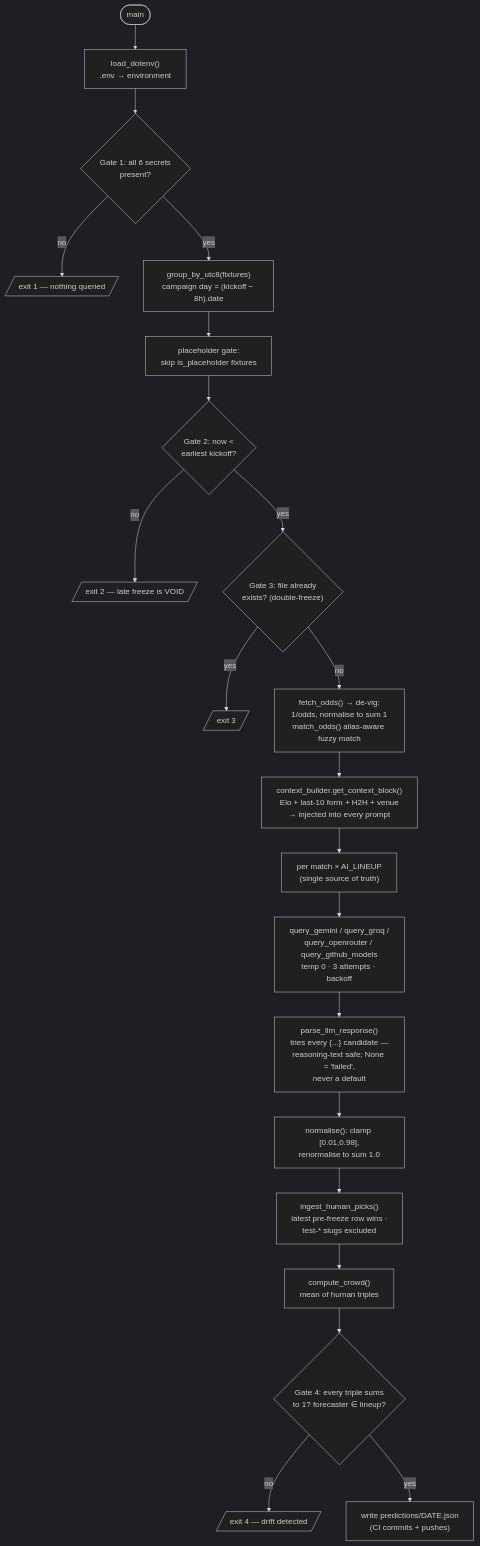
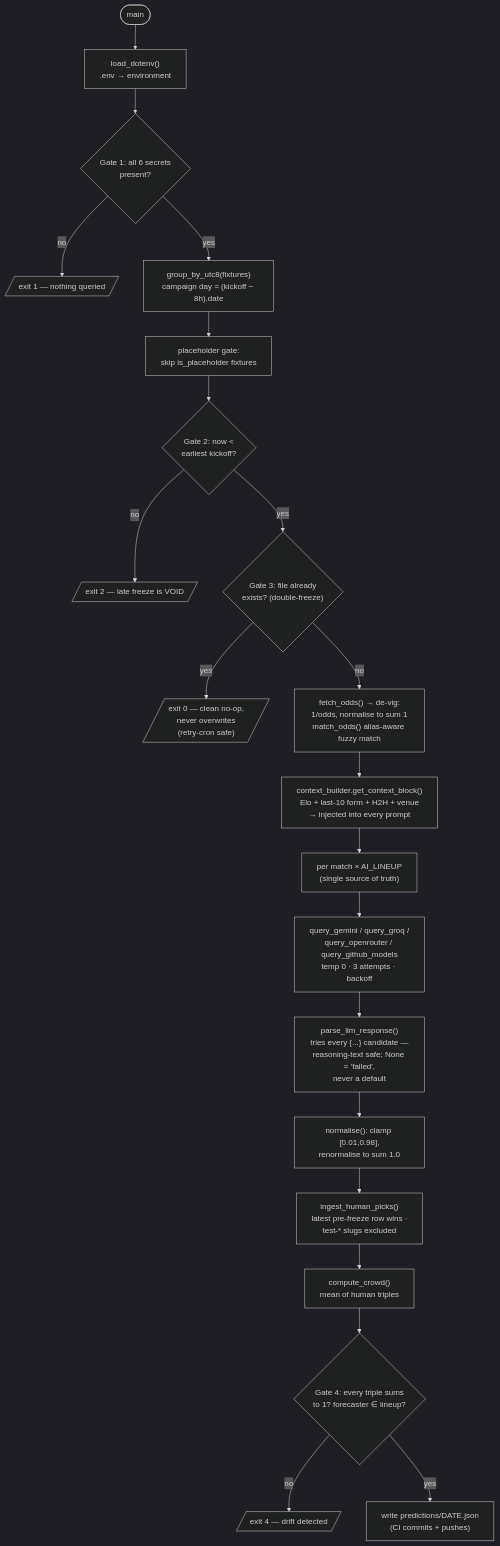
Before and after one commit to dakshjagwani/forecasting-arena-wc26: the third of 4 diagrams in docs/ARCHITECTURE.md, drawn with Mermaid (dark theme). The commit also changed other lines of this file and 10 other files, not shown here.

````diff
--- a/docs/ARCHITECTURE.md
+++ b/docs/ARCHITECTURE.md
@@ -108,23 +108,23 @@
 ```mermaid
 flowchart TD
     START([main]) --> ENV["load_dotenv()\n.env → environment"]
     ENV --> G1{"Gate 1: all 6 secrets\npresent?"}
     G1 -- no --> X1[/"exit 1 — nothing queried"/]
     G1 -- yes --> DAY["group_by_utc8(fixtures)\ncampaign day = (kickoff − 8h).date"]
     DAY --> PH["placeholder gate:\nskip is_placeholder fixtures"]
     PH --> G2{"Gate 2: now <\nearliest kickoff?"}
     G2 -- no --> X2[/"exit 2 — late freeze is VOID"/]
     G2 -- yes --> G3{"Gate 3: file already\nexists? (double-freeze)"}
-    G3 -- yes --> X3[/"exit 3"/]
+    G3 -- yes --> X3[/"exit 0 — clean no-op,\nnever overwrites\n(retry-cron safe)"/]
     G3 -- no --> ODDS2["fetch_odds() → de-vig:\n1/odds, normalise to sum 1\nmatch_odds() alias-aware fuzzy match"]
     ODDS2 --> CTX["context_builder.get_context_block()\nElo + last-10 form + H2H + venue\n→ injected into every prompt"]
     CTX --> LOOP["per match × AI_LINEUP\n(single source of truth)"]
     LOOP --> Q["query_gemini / query_groq /\nquery_openrouter / query_github_models\ntemp 0 · 3 attempts · backoff"]
     Q --> PARSE["parse_llm_response()\ntries every {...} candidate —\nreasoning-text safe; None = 'failed',\nnever a default"]
     PARSE --> NORM["normalise(): clamp [0.01,0.98],\nrenormalise to sum 1.0"]
     NORM --> HUM["ingest_human_picks()\nlatest pre-freeze row wins ·\ntest-* slugs excluded"]
     HUM --> CROWD["compute_crowd()\nmean of human triples"]
     CROWD --> G4{"Gate 4: every triple sums\nto 1? forecaster ∈ lineup?"}
     G4 -- no --> X4[/"exit 4 — drift detected"/]
     G4 -- yes --> WRITE["write predictions/DATE.json\n(CI commits + pushes)"]
 ```
````
